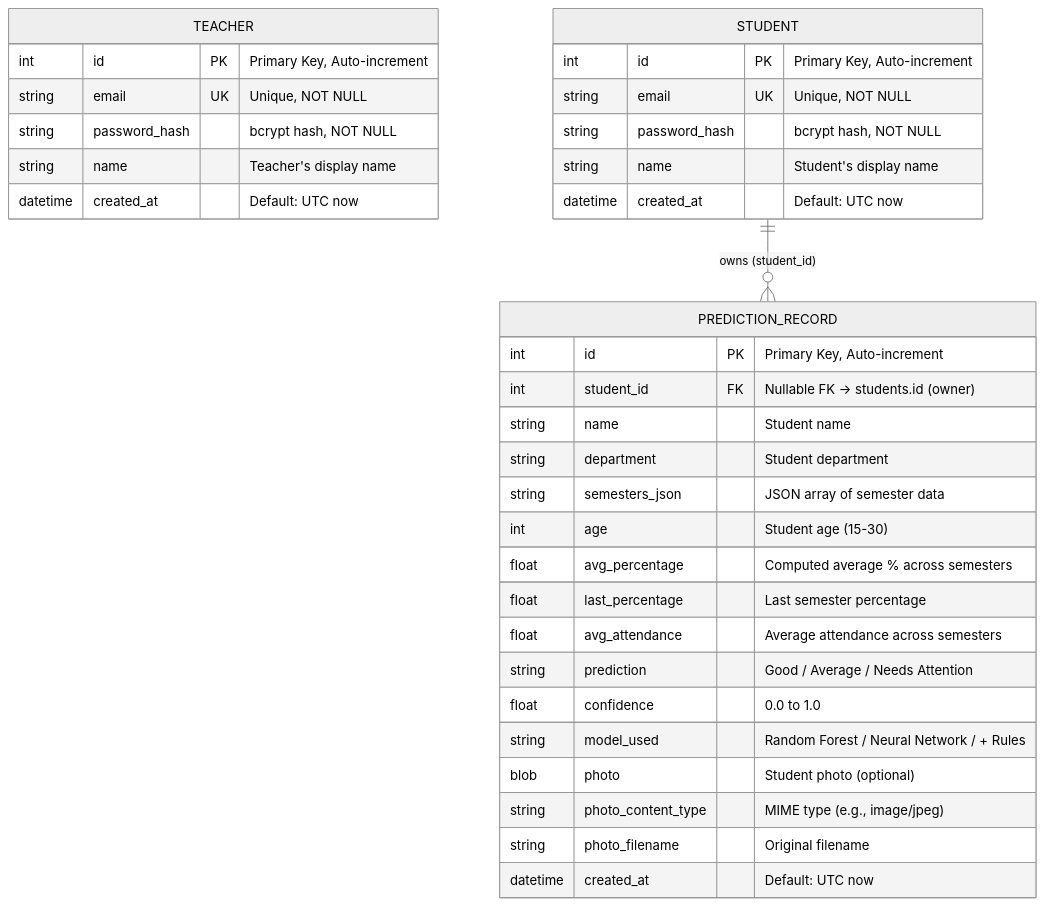
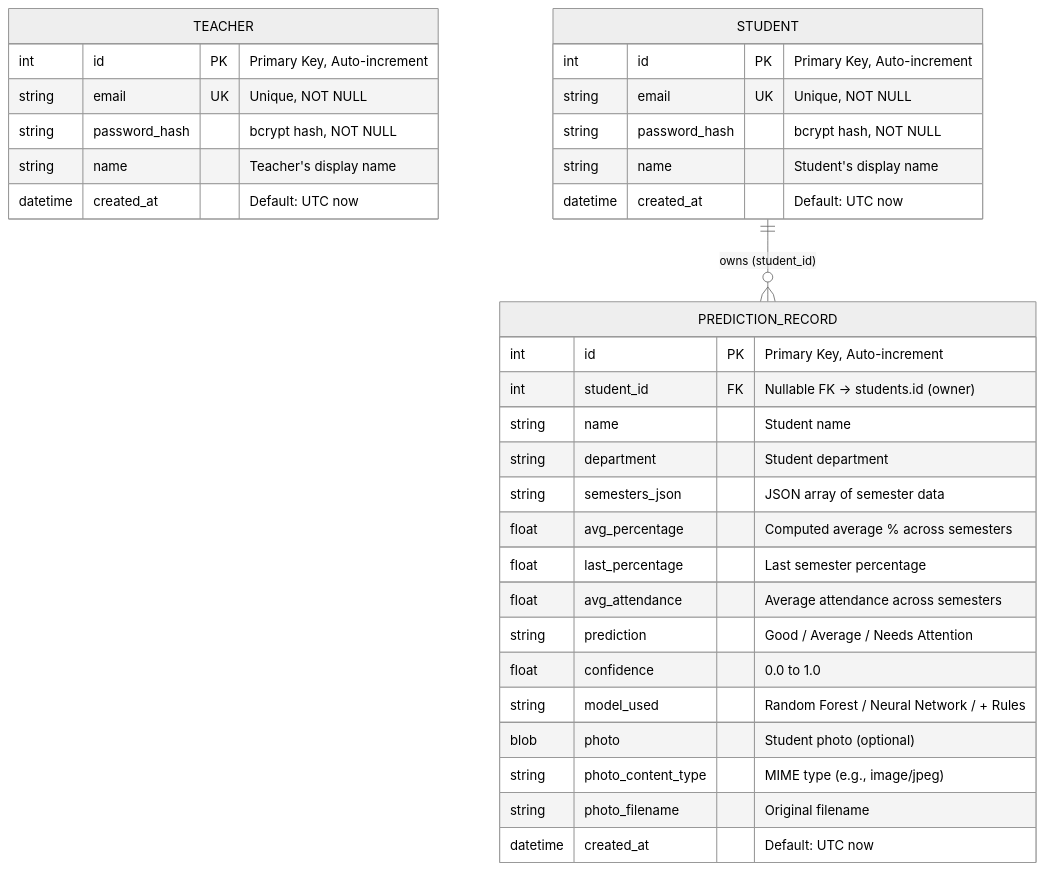
Before and after one commit to vrroshni/student-analyser: the diagram in diagram/09_er_diagram.md, drawn with Mermaid (neutral theme). The commit also changed other lines of this file and 53 other files, not shown here.

````diff
--- a/diagram/09_er_diagram.md
+++ b/diagram/09_er_diagram.md
@@ -9,39 +9,38 @@
 ```mermaid
 erDiagram
     TEACHER {
         int id PK "Primary Key, Auto-increment"
         string email UK "Unique, NOT NULL"
         string password_hash "bcrypt hash, NOT NULL"
         string name "Teacher's display name"
         datetime created_at "Default: UTC now"
     }
 
     STUDENT {
         int id PK "Primary Key, Auto-increment"
         string email UK "Unique, NOT NULL"
         string password_hash "bcrypt hash, NOT NULL"
         string name "Student's display name"
         datetime created_at "Default: UTC now"
     }
 
     PREDICTION_RECORD {
         int id PK "Primary Key, Auto-increment"
         int student_id FK "Nullable FK -> students.id (owner)"
         string name "Student name"
         string department "Student department"
         string semesters_json "JSON array of semester data"
-        int age "Student age (15-30)"
         float avg_percentage "Computed average % across semesters"
         float last_percentage "Last semester percentage"
         float avg_attendance "Average attendance across semesters"
         string prediction "Good / Average / Needs Attention"
         float confidence "0.0 to 1.0"
         string model_used "Random Forest / Neural Network / + Rules"
         blob photo "Student photo (optional)"
         string photo_content_type "MIME type (e.g., image/jpeg)"
         string photo_filename "Original filename"
         datetime created_at "Default: UTC now"
     }
 
     STUDENT ||--o{ PREDICTION_RECORD : "owns (student_id)"
 ```
````
